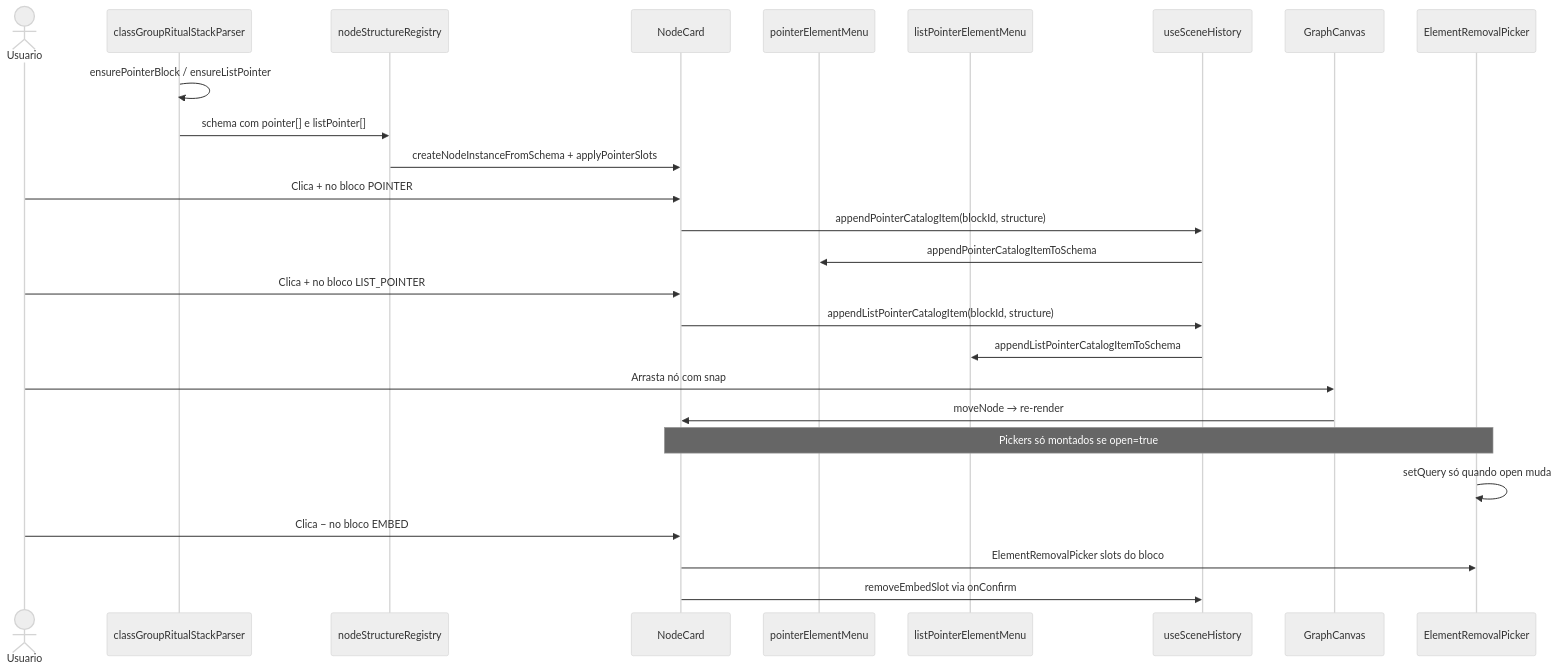
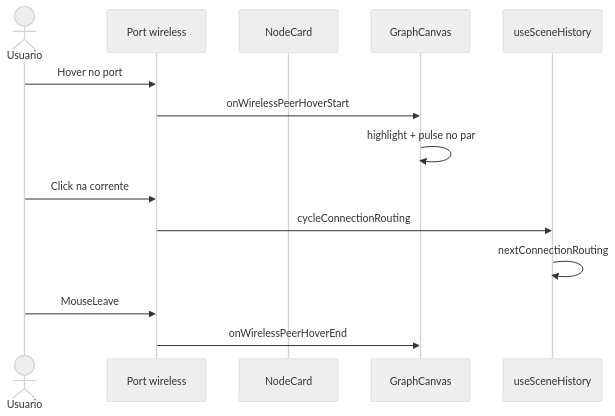
Before and after one commit to JunioCesar96/Node-Graphs-League-of-Legends: the second of 2 diagrams in README.md, drawn with Mermaid (neutral theme). The commit also changed other lines of this file and 27 other files, not shown here.

````diff
--- a/README.md
+++ b/README.md
@@ -52,33 +48,19 @@
 ```mermaid
 sequenceDiagram
   actor U as Usuario
-  participant Rit as classGroupRitualStackParser
-  participant Reg as nodeStructureRegistry
+  participant Port as Port wireless
   participant NC as NodeCard
-  participant PEM as pointerElementMenu
-  participant LPM as listPointerElementMenu
-  participant USH as useSceneHistory
   participant GC as GraphCanvas
-  participant ERP as ElementRemovalPicker
+  participant Hist as useSceneHistory
 
-  Rit->>Rit: ensurePointerBlock / ensureListPointer
-  Rit->>Reg: schema com pointer[] e listPointer[]
-  Reg->>NC: createNodeInstanceFromSchema + applyPointerSlots
+  U->>Port: Hover no port
+  Port->>GC: onWirelessPeerHoverStart
+  GC->>GC: highlight + pulse no par
 
-  U->>NC: Clica + no bloco POINTER
-  NC->>USH: appendPointerCatalogItem(blockId, structure)
-  USH->>PEM: appendPointerCatalogItemToSchema
+  U->>Port: Click na corrente
+  Port->>Hist: cycleConnectionRouting
+  Hist->>Hist: nextConnectionRouting
 
-  U->>NC: Clica + no bloco LIST_POINTER
-  NC->>USH: appendListPointerCatalogItem(blockId, structure)
-  USH->>LPM: appendListPointerCatalogItemToSchema
-
-  U->>GC: Arrasta nó com snap
-  GC->>NC: moveNode → re-render
-  Note over NC,ERP: Pickers só montados se open=true
-  ERP->>ERP: setQuery só quando open muda
-
-  U->>NC: Clica − no bloco EMBED
-  NC->>ERP: ElementRemovalPicker slots do bloco
-  NC->>USH: removeEmbedSlot via onConfirm
+  U->>Port: MouseLeave
+  Port->>GC: onWirelessPeerHoverEnd
 ```
````
